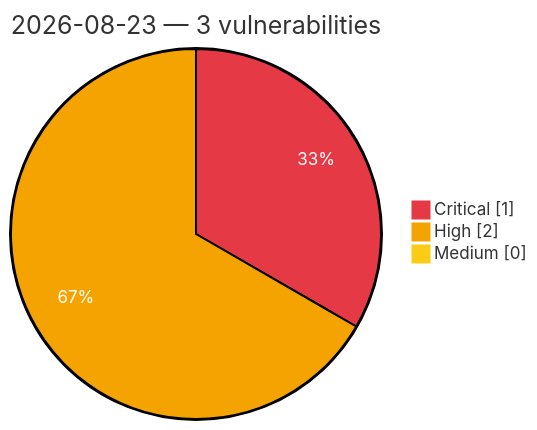
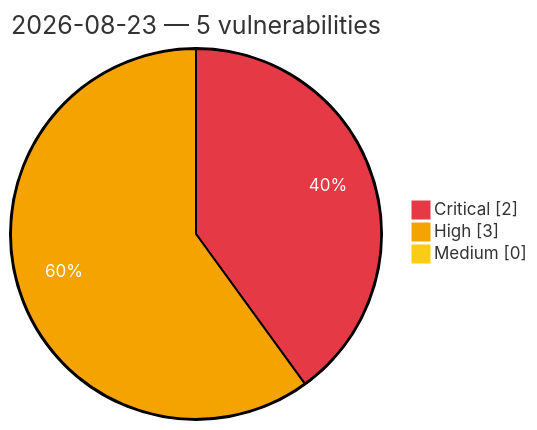
One commit to GhostX0X/vuln-tracker changed the diagram in vulnerabilities/2026/August/2026-08-23.md. Above: the diagram before and after it, drawn with Mermaid. The commit also changed other lines of this file and 5 other files, not shown here.

Commit message:
Auto update: critical/high vulns (2026-08-23 10:32 UTC)

````diff
--- a/vulnerabilities/2026/August/2026-08-23.md
+++ b/vulnerabilities/2026/August/2026-08-23.md
@@ -3,8 +3,8 @@
 ```mermaid
 %%{init: {'theme':'base', 'themeVariables': {'pie1':'#e63946', 'pie2':'#f4a300', 'pie3':'#facc15', 'pieOpacity':'1', 'pieOuterStrokeWidth':'2px', 'pieSectionTextColor':'#ffffff'}}}%%
 pie showData
-    title 2026-08-23 — 3 vulnerabilities
-    "Critical" : 1
-    "High" : 2
+    title 2026-08-23 — 5 vulnerabilities
+    "Critical" : 2
+    "High" : 3
     "Medium" : 0
 ```
````
